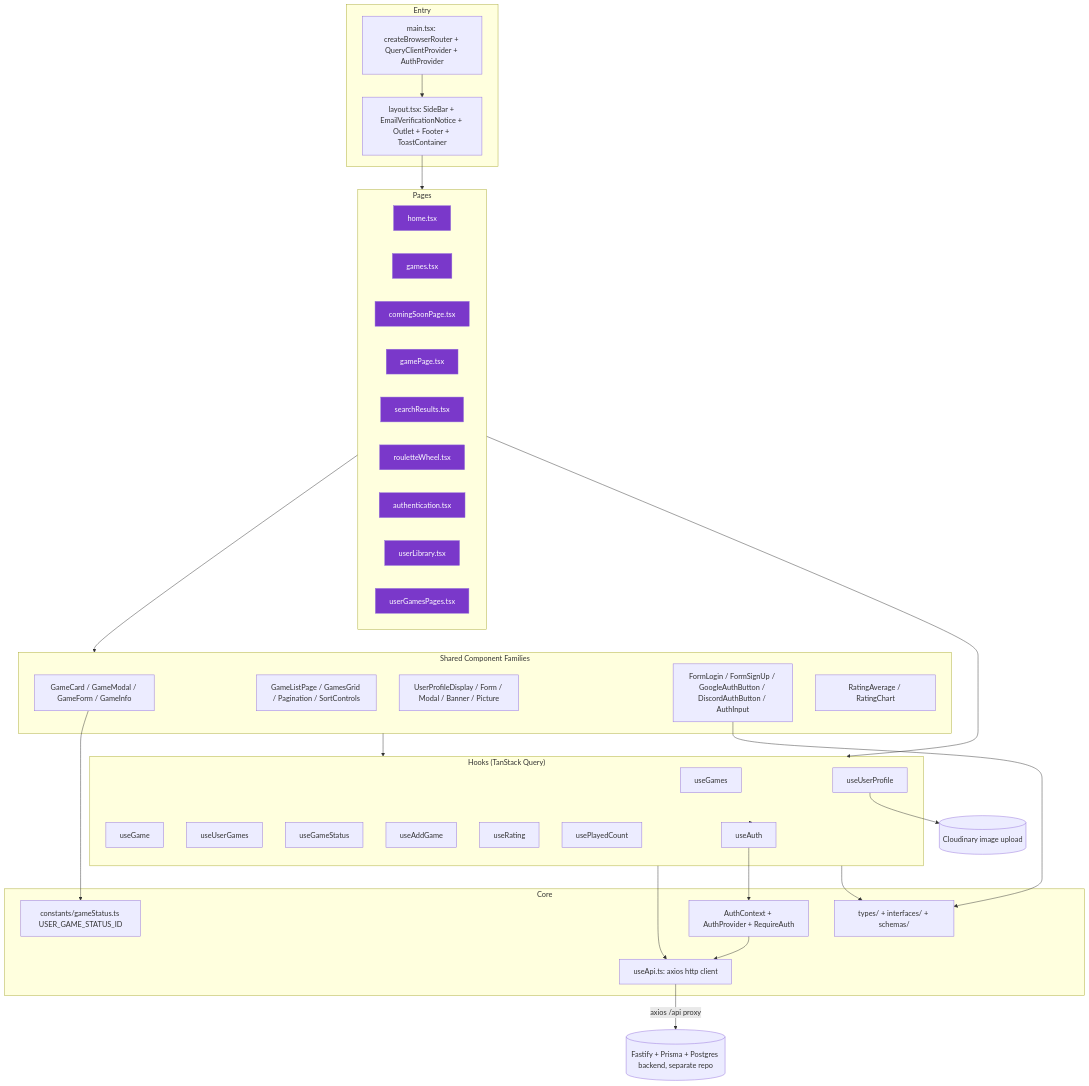
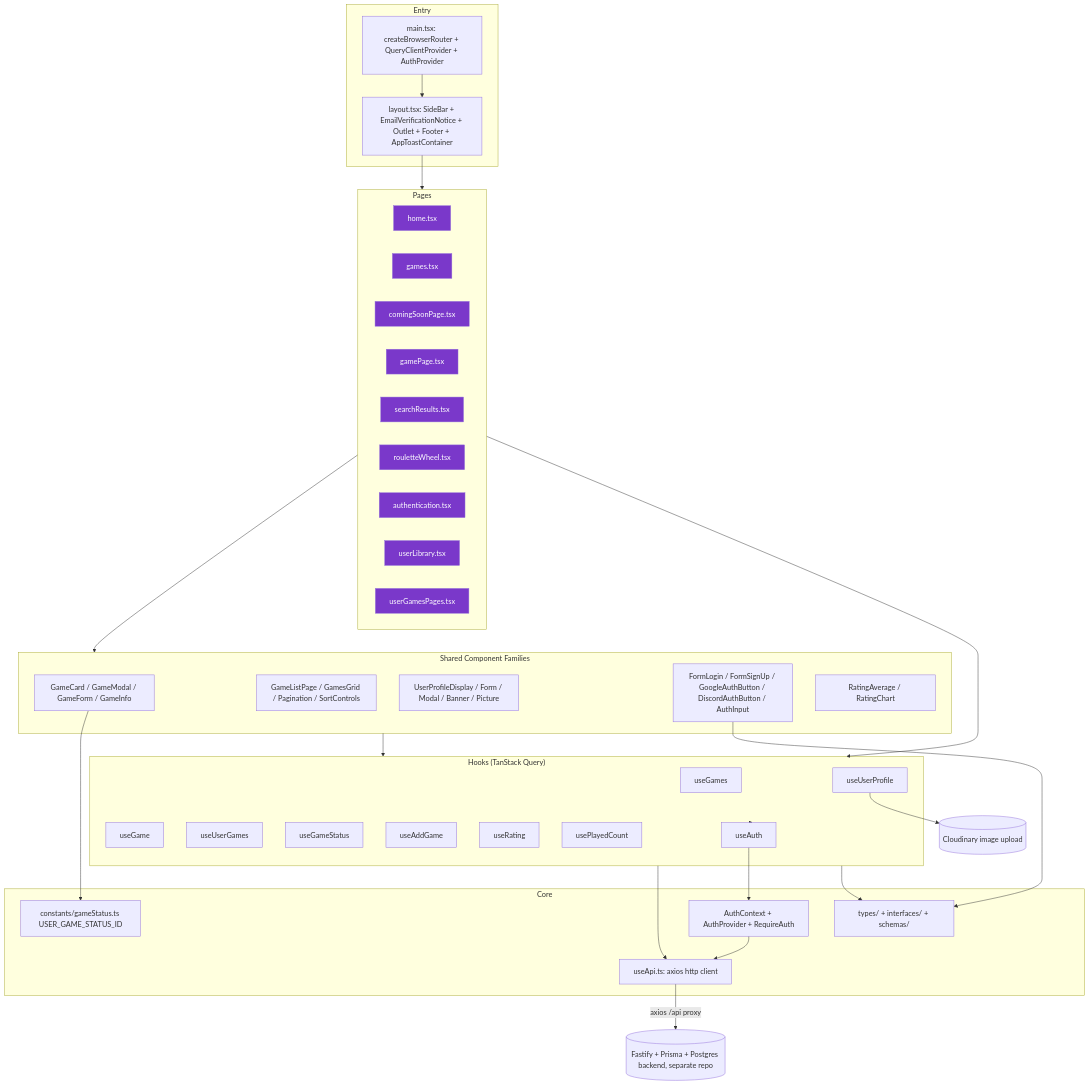
The first of 2 diagrams in docs/CODEBASE_MAP.md (MathQuente/euzerei-front-end), drawn with Mermaid before and after one commit. The commit also changed other lines of this file and 33 other files, not shown here.

````diff
--- a/docs/CODEBASE_MAP.md
+++ b/docs/CODEBASE_MAP.md
@@ -15,65 +15,65 @@
 ```mermaid
 graph TD
   subgraph Entry
     main[main.tsx: createBrowserRouter + QueryClientProvider + AuthProvider]
-    layout[layout.tsx: SideBar + EmailVerificationNotice + Outlet + Footer + ToastContainer]
+    layout[layout.tsx: SideBar + EmailVerificationNotice + Outlet + Footer + AppToastContainer]
   end
 
   subgraph Pages
     home[home.tsx]
     games[games.tsx]
     comingSoon[comingSoonPage.tsx]
     gamePage[gamePage.tsx]
     search[searchResults.tsx]
     roulette[rouletteWheel.tsx]
     auth[authentication.tsx]
     userLib[userLibrary.tsx]
     userLibStatus[userGamesPages.tsx]
   end
 
   subgraph SharedComponents["Shared Component Families"]
     gameFamily["GameCard / GameModal / GameForm / GameInfo"]
     listFamily["GameListPage / GamesGrid / Pagination / SortControls"]
     userProfileFamily["UserProfileDisplay / Form / Modal / Banner / Picture"]
     authForms["FormLogin / FormSignUp / GoogleAuthButton / DiscordAuthButton / AuthInput"]
     ratingFamily["RatingAverage / RatingChart"]
   end
 
   subgraph Hooks["Hooks (TanStack Query)"]
     useGames_h[useGames]
     useGame_h[useGame]
     useUserGames_h[useUserGames]
     useGameStatus_h[useGameStatus]
     useAddGame_h[useAddGame]
     useRating_h[useRating]
     usePlayedCount_h[usePlayedCount]
     useUserProfile_h[useUserProfile]
     useAuth_h[useAuth]
   end
 
   subgraph Core
     api[useApi.ts: axios http client]
     authCtx[AuthContext + AuthProvider + RequireAuth]
     constants[constants/gameStatus.ts USER_GAME_STATUS_ID]
     types[types/ + interfaces/ + schemas/]
   end
 
   backend[(Fastify + Prisma + Postgres backend, separate repo)]
   cloudinary[(Cloudinary image upload)]
 
   main --> layout --> Pages
   Pages --> SharedComponents
   SharedComponents --> Hooks
   Pages --> Hooks
   Hooks --> api
   Hooks --> useAuth_h --> authCtx
   authCtx --> api
   api -->|axios /api proxy| backend
   useUserProfile_h --> cloudinary
   gameFamily --> constants
   authForms --> types
   Hooks --> types
 
   classDef page fill:#7A38CA,color:#fff;
   class home,games,comingSoon,gamePage,search,roulette,auth,userLib,userLibStatus page;
 ```
````
